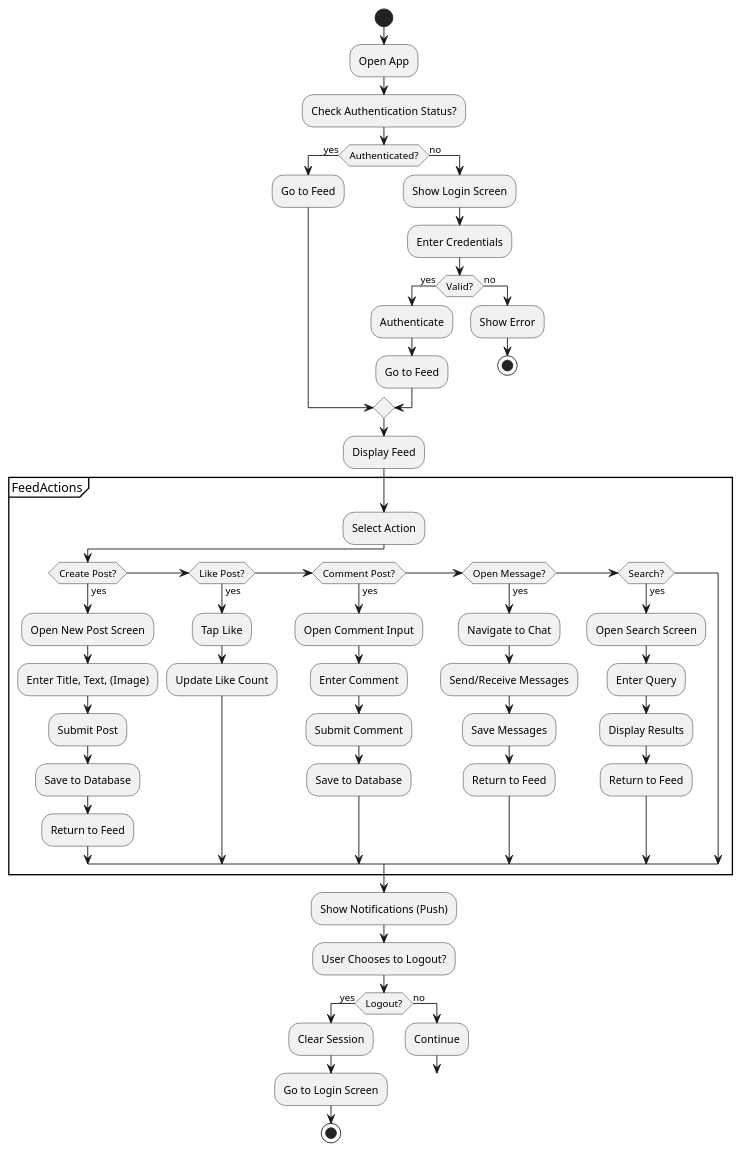
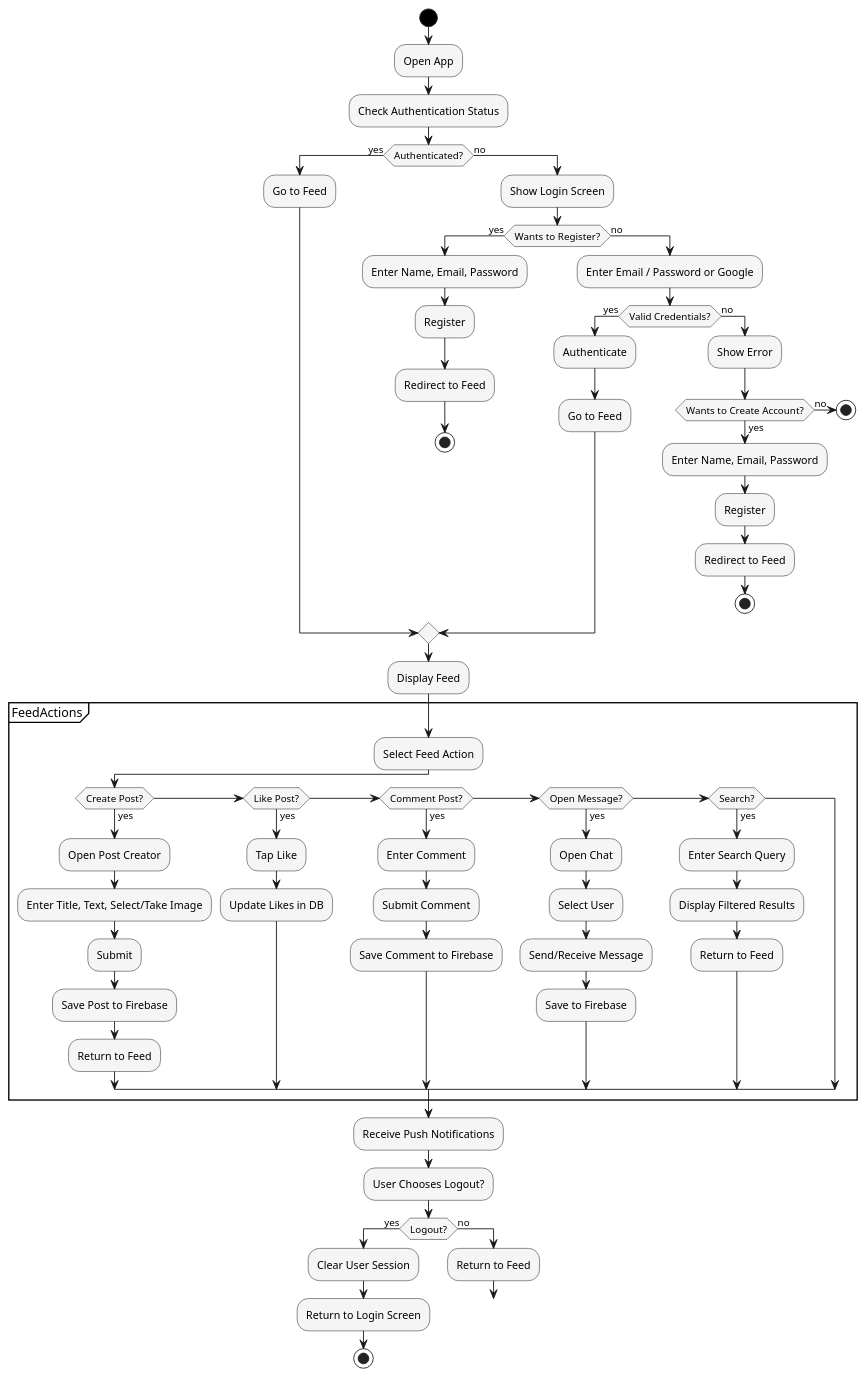
Before and after one commit to AndreeaDraghici/Android-Social-Media-Platform: the diagram in app/sampledata/activity_diagram.puml, drawn with PlantUML. The commit also changed 8 other files, not shown here.

Commit message:
updated and added diagrams

```diff
--- a/app/sampledata/activity_diagram.puml
+++ b/app/sampledata/activity_diagram.puml
@@ -1,64 +1,84 @@
-@startuml
+@startuml ActivityDiagram_SocialMediaApp
 |User|
+skinparam backgroundColor #FFFFFF
+skinparam activity {
+  BackgroundColor #F5F5F5
+  BorderColor black
+  StartColor black
+  EndColor silver
+}
+
 start
 
 :Open App;
-:Check Authentication Status?;
+:Check Authentication Status;
 if (Authenticated?) then (yes)
   :Go to Feed;
 else (no)
   :Show Login Screen;
-  :Enter Credentials;
-  if (Valid?) then (yes)
-    :Authenticate;
-    :Go to Feed;
+  if (Wants to Register?) then (yes)
+    :Enter Name, Email, Password;
+    :Register;
+    :Redirect to Feed;
+    stop
   else (no)
-    :Show Error;
-    stop
+    :Enter Email / Password or Google;
+    if (Valid Credentials?) then (yes)
+      :Authenticate;
+      :Go to Feed;
+    else (no)
+      :Show Error;
+      if (Wants to Create Account?) then (yes)
+        :Enter Name, Email, Password;
+        :Register;
+        :Redirect to Feed;
+        stop
+      else (no)
+        stop
+      endif
+    endif
   endif
 endif
 
 :Display Feed;
 
 partition FeedActions {
-  :Select Action;
+  :Select Feed Action;
   if (Create Post?) then (yes)
-    :Open New Post Screen;
-    :Enter Title, Text, (Image);
-    :Submit Post;
-    :Save to Database;
+    :Open Post Creator;
+    :Enter Title, Text, Select/Take Image;
+    :Submit;
+    :Save Post to Firebase;
     :Return to Feed;
   else if (Like Post?) then (yes)
     :Tap Like;
-    :Update Like Count;
+    :Update Likes in DB;
   else if (Comment Post?) then (yes)
-    :Open Comment Input;
     :Enter Comment;
     :Submit Comment;
-    :Save to Database;
+    :Save Comment to Firebase;
   else if (Open Message?) then (yes)
-    :Navigate to Chat;
-    :Send/Receive Messages;
-    :Save Messages;
-    :Return to Feed;
+    :Open Chat;
+    :Select User;
+    :Send/Receive Message;
+    :Save to Firebase;
   else if (Search?) then (yes)
-    :Open Search Screen;
-    :Enter Query;
-    :Display Results;
+    :Enter Search Query;
+    :Display Filtered Results;
     :Return to Feed;
   endif
 }
 
-:Show Notifications (Push);
+:Receive Push Notifications;
 
-:User Chooses to Logout?;
+:User Chooses Logout?;
 if (Logout?) then (yes)
-  :Clear Session;
-  :Go to Login Screen;
+  :Clear User Session;
+  :Return to Login Screen;
   stop
 else (no)
-  :Continue;
+  :Return to Feed;
   goto FeedActions
 endif
 
 @enduml
```
